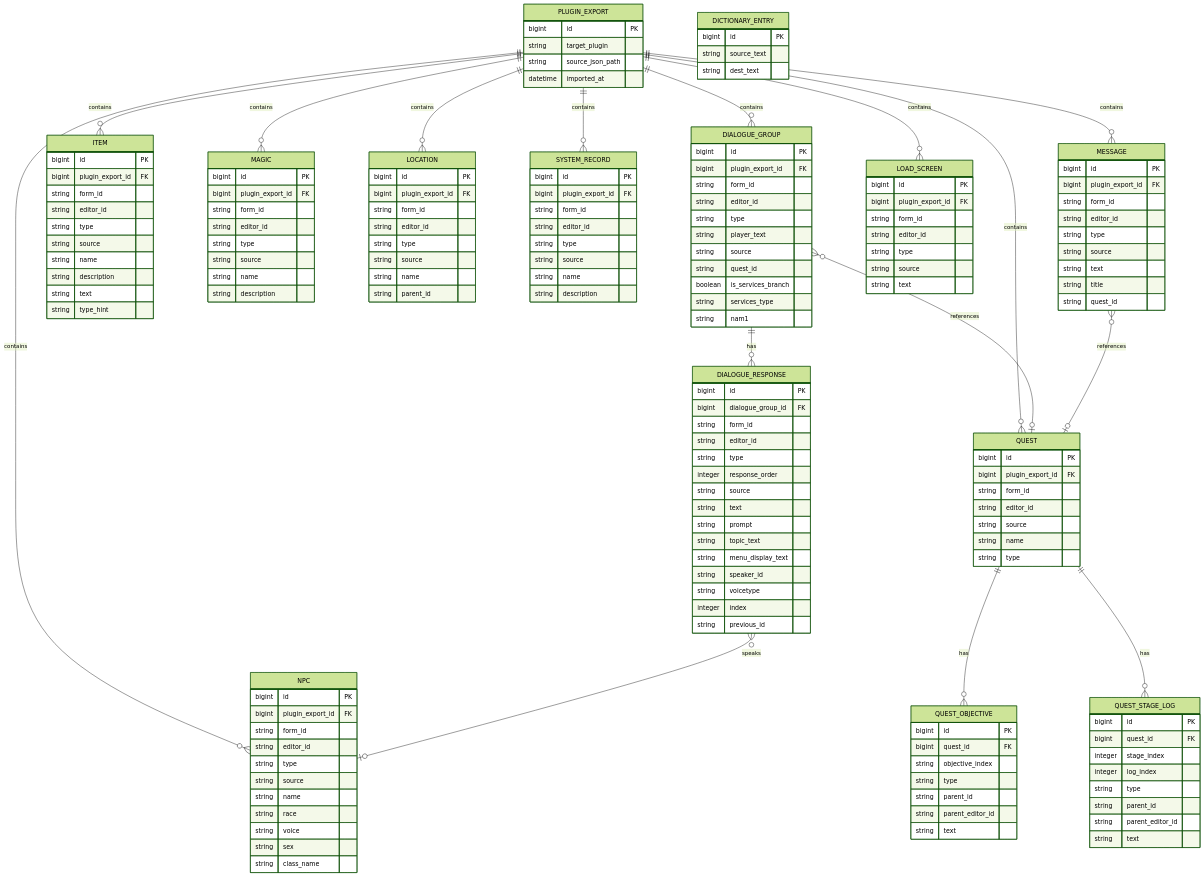
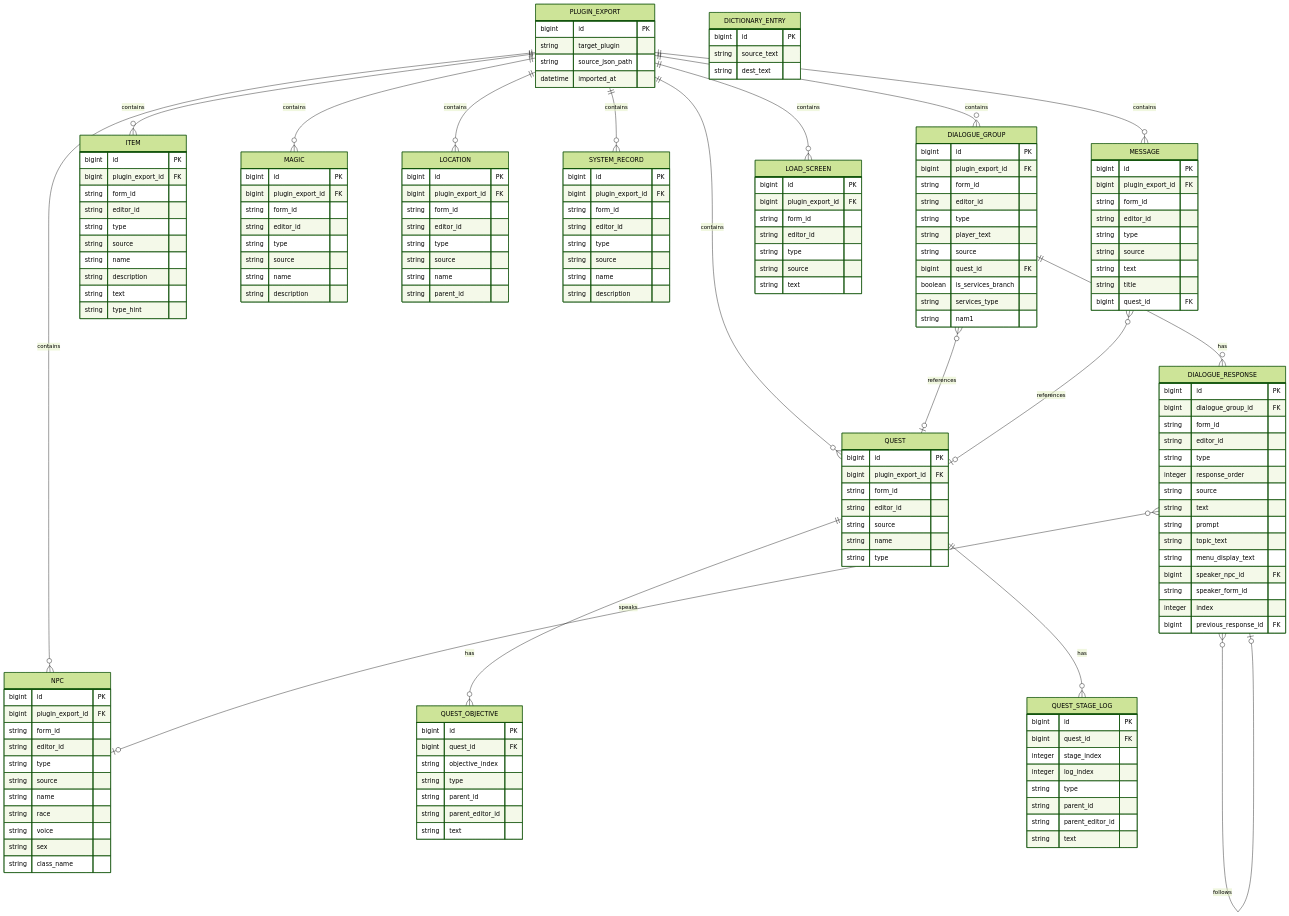
One commit to ishibata91/AITranslationEngineJP changed the first of 3 diagrams in docs/er-draft.md. Above: the diagram before and after it, drawn with Mermaid (forest theme). The commit also changed other lines of this file and 19 other files, not shown here.

```diff
--- a/docs/er-draft.md
+++ b/docs/er-draft.md
@@ -31,6 +34,7 @@
     QUEST ||--o{ QUEST_STAGE_LOG : has
     DIALOGUE_GROUP }o--o| QUEST : references
     DIALOGUE_RESPONSE }o--o| NPC : speaks
+    DIALOGUE_RESPONSE }o--o| DIALOGUE_RESPONSE : follows
     MESSAGE }o--o| QUEST : references
 
     PLUGIN_EXPORT {
@@ -48,7 +52,7 @@
         string type
         string player_text
         string source
-        string quest_id
+        bigint quest_id FK
         boolean is_services_branch
         string services_type
         string nam1
@@ -66,10 +70,10 @@
         string prompt
         string topic_text
         string menu_display_text
-        string speaker_id
-        string voicetype
+        bigint speaker_npc_id FK
+        string speaker_form_id
         integer index
-        string previous_id
+        bigint previous_response_id FK
     }
 
     QUEST {
@@ -158,7 +162,7 @@
         string source
         string text
         string title
-        string quest_id
+        bigint quest_id FK
     }
 
     LOAD_SCREEN {
```
